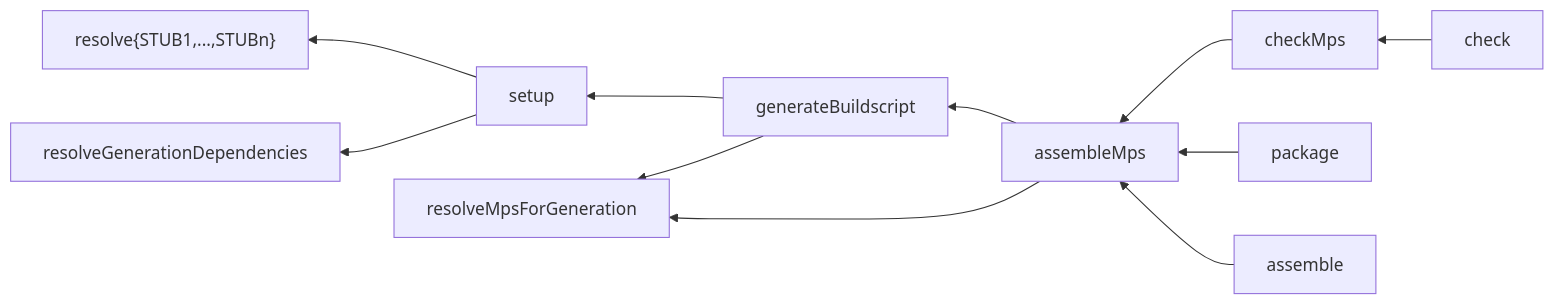
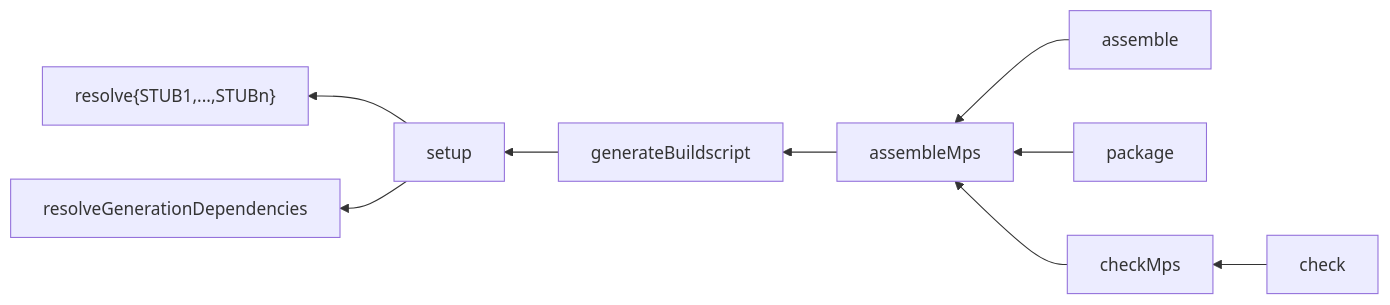
One commit to specificlanguages/mps-gradle-plugin changed the diagram in README.md. Above: the diagram before and after it, drawn with Mermaid. The commit also changed other lines of this file and 5 other files, not shown here.

````diff
--- a/README.md
+++ b/README.md
@@ -166,18 +174,15 @@
 ```mermaid
 flowchart RL
   setup --> resolveStub["resolve{STUB1,...,STUBn}"]
   setup --> resolveGenerationDependencies
   
   assemble --> assembleMps
   package --> assembleMps
   
   checkMps --> assembleMps
   check --> checkMps
   
   assembleMps --> generateBuildscript
-  assembleMps --> resolveMpsForGeneration
-  
-  generateBuildscript --> resolveMpsForGeneration
   generateBuildscript --> setup
   
 ```
````
